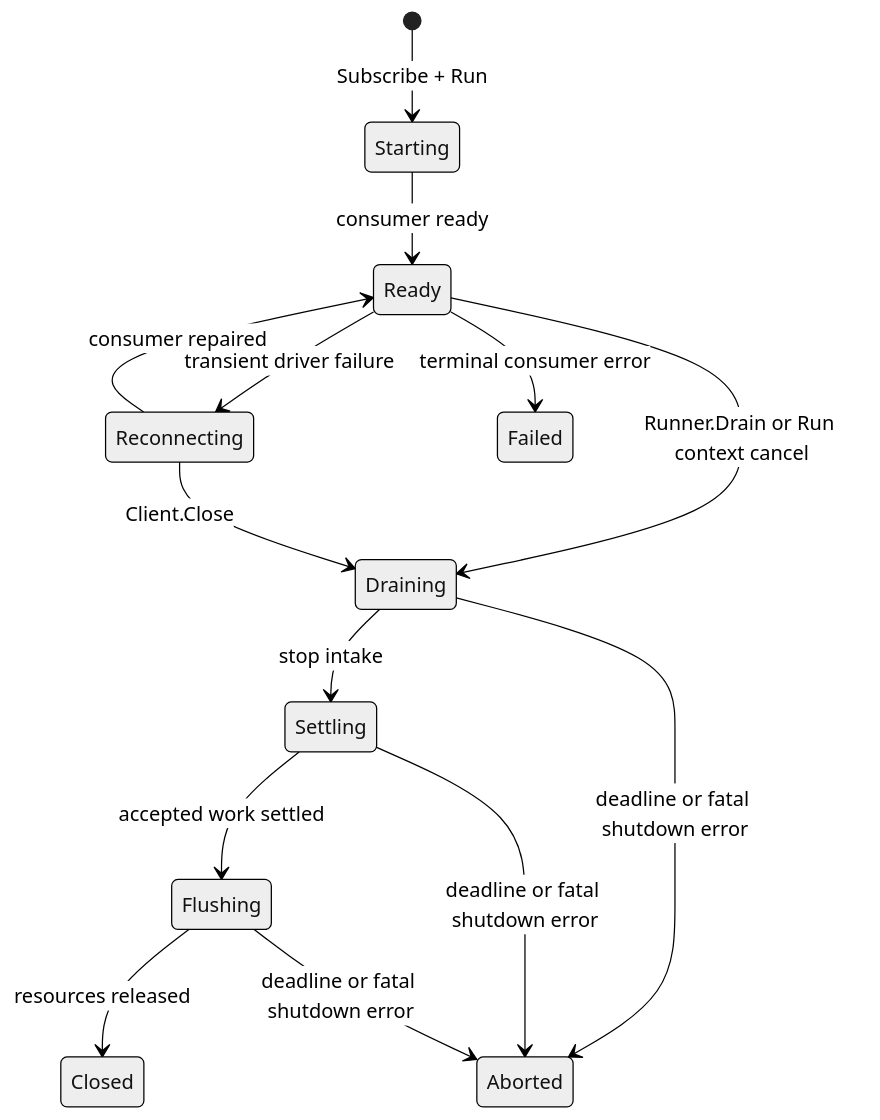
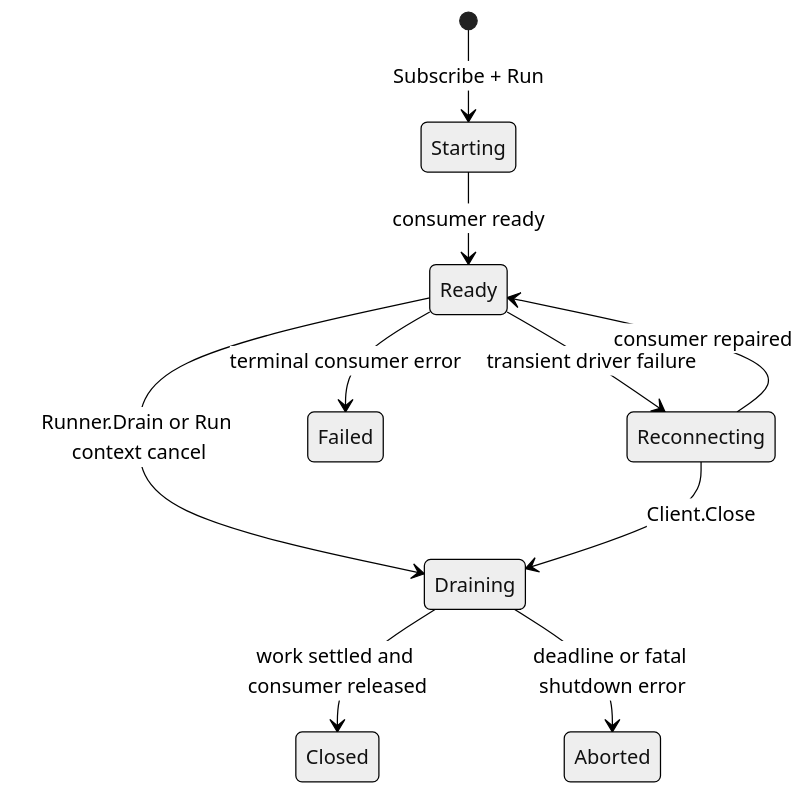
One commit to bktrung/edm_sdk changed the diagram in docs/advanced-topics/lifecycle-and-shutdown.md. Above: the diagram before and after it, drawn with Mermaid (neutral theme). The commit also changed other lines of this file and 51 other files, not shown here.

````diff
--- a/docs/advanced-topics/lifecycle-and-shutdown.md
+++ b/docs/advanced-topics/lifecycle-and-shutdown.md
@@ -16,16 +16,12 @@
 ```mermaid
 stateDiagram-v2
     [*] --> Starting: Subscribe + Run
     Starting --> Ready: consumer ready
     Ready --> Reconnecting: transient driver failure
     Reconnecting --> Ready: consumer repaired
     Ready --> Draining: Runner.Drain or Run context cancel
     Reconnecting --> Draining: Client.Close
-    Draining --> Settling: stop intake
-    Settling --> Flushing: accepted work settled
-    Flushing --> Closed: resources released
+    Draining --> Closed: work settled and consumer released
     Draining --> Aborted: deadline or fatal shutdown error
-    Settling --> Aborted: deadline or fatal shutdown error
-    Flushing --> Aborted: deadline or fatal shutdown error
     Ready --> Failed: terminal consumer error
 ```
````
